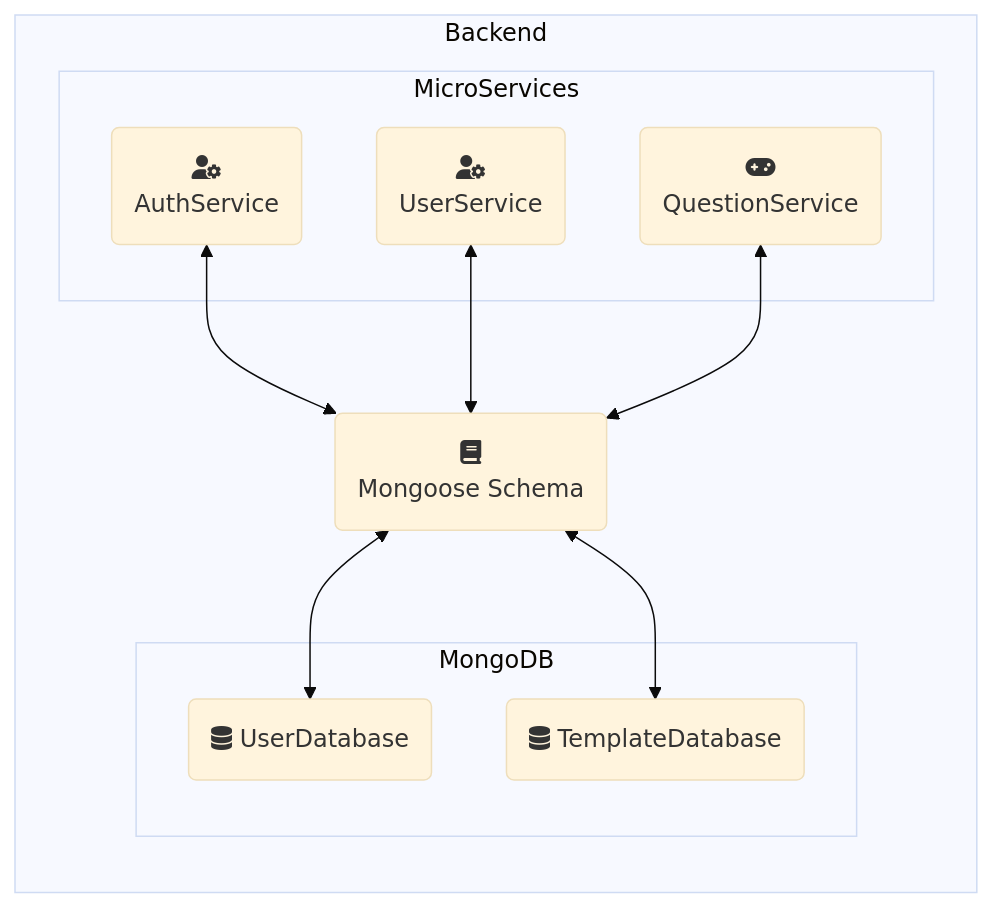
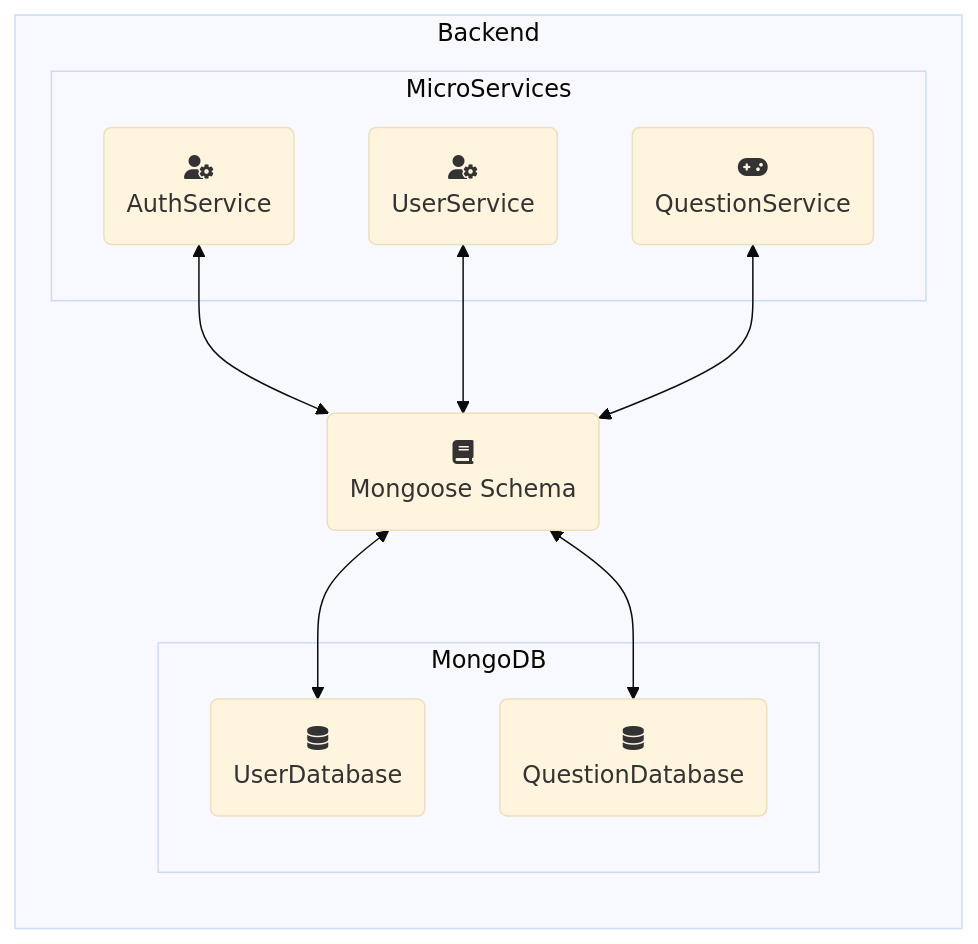
One commit to Arquisoft/wiq_en3b changed the fourth of 4 diagrams in docs/src/08_concepts.adoc. Above: the diagram before and after it, drawn with Mermaid (base theme). The commit also changed other lines of this file and 2 other files, not shown here.

Commit message:
Changes into ER model to avoid confusion and name consistency

```diff
--- a/docs/src/08_concepts.adoc
+++ b/docs/src/08_concepts.adoc
@@ -315,23 +327,25 @@
 [mermaid]
 ....
 flowchart LR
     subgraph back [Backend]
         subgraph micro [MicroServices]
             as("fa:fa-user-cog" 
             AuthService)
             us("fa:fa-user-cog" 
             UserService)
             qs("fa:fa-gamepad" 
             QuestionService)
         end
         m("fa:fa-book
         Mongoose Schema")
         subgraph mongo [MongoDB]
-            ud("fa:fa-database" UserDatabase)
-            td("fa:fa-database" TemplateDatabase)
+            ud("fa:fa-database" 
+            UserDatabase)
+            td("fa:fa-database" 
+            QuestionDatabase)
         end
     end
     as <--> m <--> ud
     us <--> m
     qs <--> m <-->td
 ....
```
